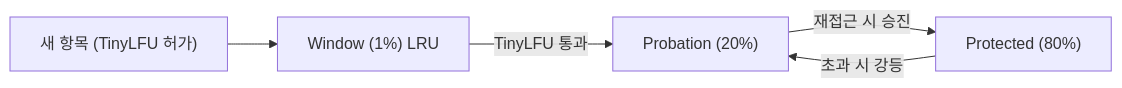
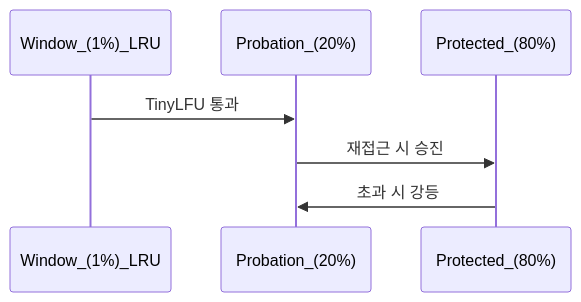
The third of 4 diagrams in _posts/localcache/2026-05-01-local-cache-comparison.md (yjkim2015/yjkim2015.github.io), drawn with Mermaid before and after one commit. The commit also changed 89 other files, not shown here.

First line of the commit message:
복잡한 flowchart 163개 → sequenceDiagram 변환 (90파일)

````diff
--- a/_posts/localcache/2026-05-01-local-cache-comparison.md
+++ b/_posts/localcache/2026-05-01-local-cache-comparison.md
@@ -211,7 +211,6 @@
 ```mermaid
-graph LR
-    NEW["새 항목 (TinyLFU 허가)"] --> WC["Window (1%) LRU"]
-    WC -->|TinyLFU 통과| PROB["Probation (20%)"]
-    PROB -->|재접근 시 승진| PROT["Protected (80%)"]
-    PROT -->|초과 시 강등| PROB
+sequenceDiagram
+    Window_(1%)_LRU->>Probation_(20%): TinyLFU 통과
+    Probation_(20%)->>Protected_(80%): 재접근 시 승진
+    Protected_(80%)->>Probation_(20%): 초과 시 강등
 ```
````
